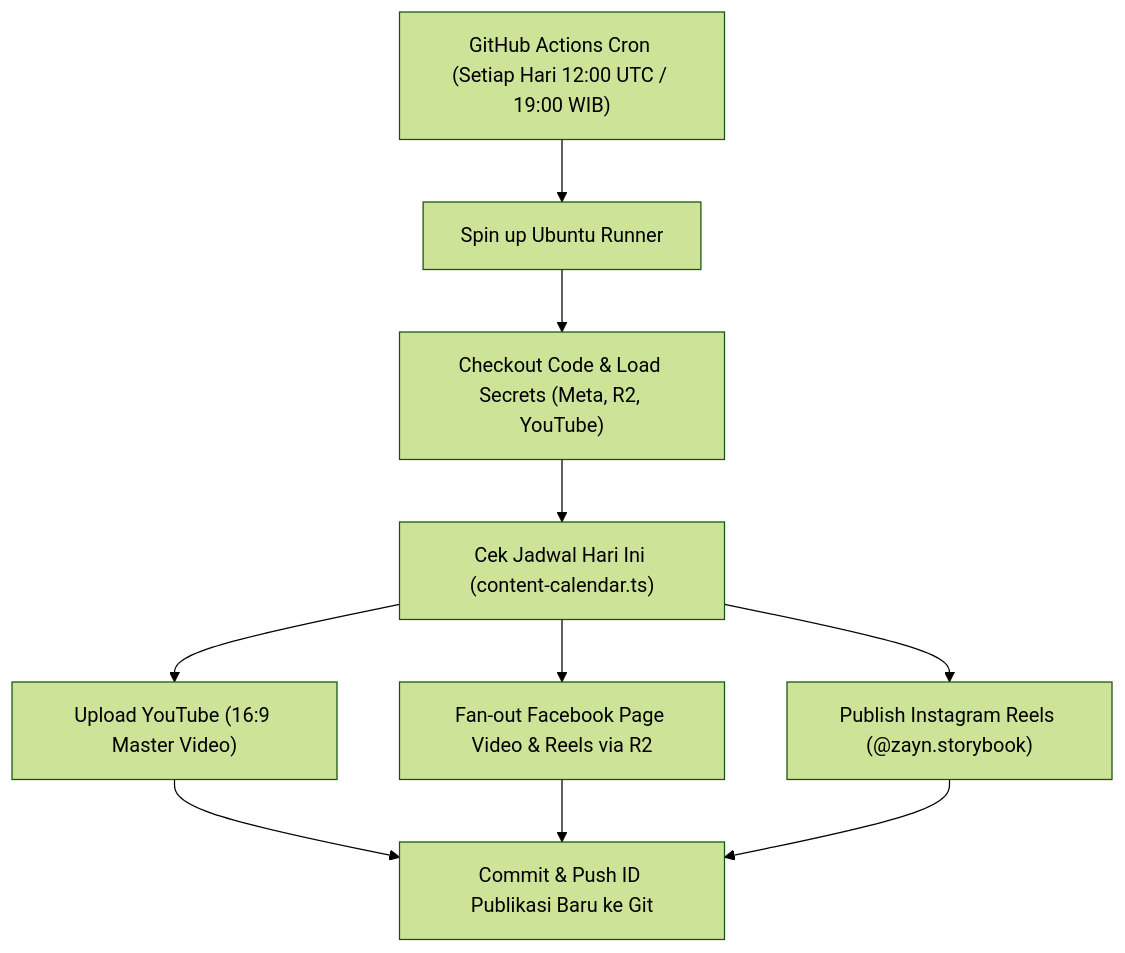
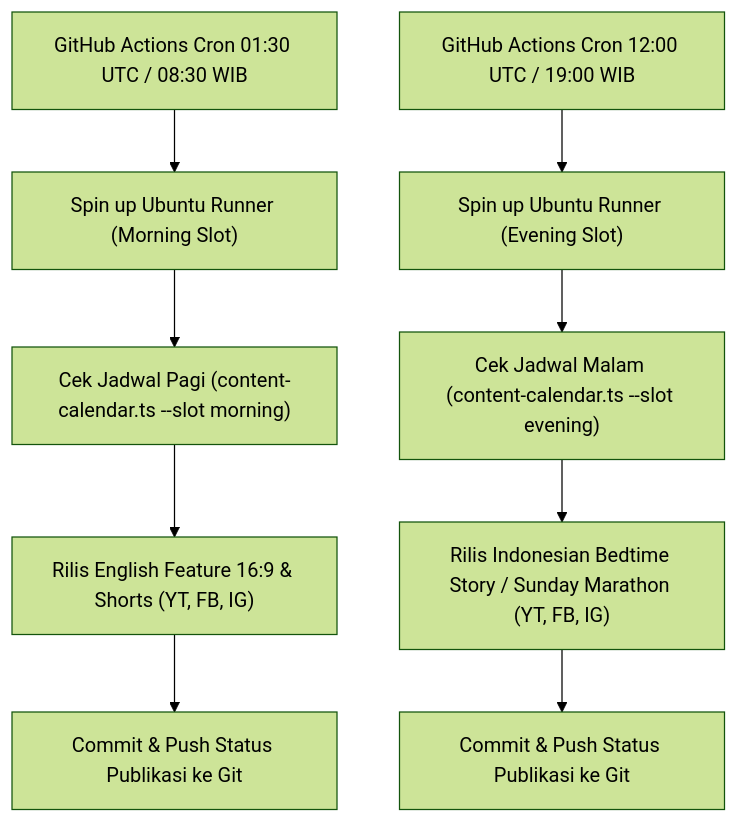
Before and after one commit to ramustha/storybook-video-generator: the diagram in docs/production-schedule-month-1.md, drawn with Mermaid (forest theme). The commit also changed other lines of this file and 5 other files, not shown here.

````diff
--- a/docs/production-schedule-month-1.md
+++ b/docs/production-schedule-month-1.md
@@ -89,10 +128,12 @@
 ```mermaid
 flowchart TD
-    Cron["GitHub Actions Cron (Setiap Hari 12:00 UTC / 19:00 WIB)"] --> Runner["Spin up Ubuntu Runner"]
-    Runner --> Checkout["Checkout Code & Load Secrets (Meta, R2, YouTube)"]
-    Checkout --> ReadCal["Cek Jadwal Hari Ini (content-calendar.ts)"]
-    ReadCal --> PubYT["Upload YouTube (16:9 Master Video)"]
-    ReadCal --> PubFB["Fan-out Facebook Page Video & Reels via R2"]
-    ReadCal --> PubIG["Publish Instagram Reels (@zayn.storybook)"]
-    PubYT & PubFB & PubIG --> SyncGit["Commit & Push ID Publikasi Baru ke Git"]
+    CronMorning["GitHub Actions Cron 01:30 UTC / 08:30 WIB"] --> RunnerM["Spin up Ubuntu Runner (Morning Slot)"]
+    RunnerM --> CheckCalM["Cek Jadwal Pagi (content-calendar.ts --slot morning)"]
+    CheckCalM --> PubEn["Rilis English Feature 16:9 & Shorts (YT, FB, IG)"]
+    PubEn --> SyncGitM["Commit & Push Status Publikasi ke Git"]
+
+    CronEvening["GitHub Actions Cron 12:00 UTC / 19:00 WIB"] --> RunnerE["Spin up Ubuntu Runner (Evening Slot)"]
+    RunnerE --> CheckCalE["Cek Jadwal Malam (content-calendar.ts --slot evening)"]
+    CheckCalE --> PubId["Rilis Indonesian Bedtime Story / Sunday Marathon (YT, FB, IG)"]
+    PubId --> SyncGitE["Commit & Push Status Publikasi ke Git"]
 ```
````
